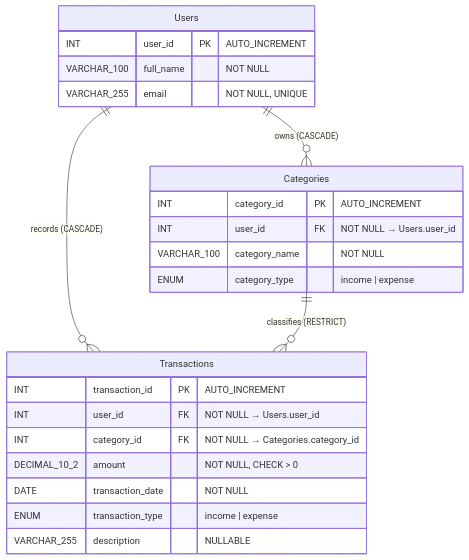
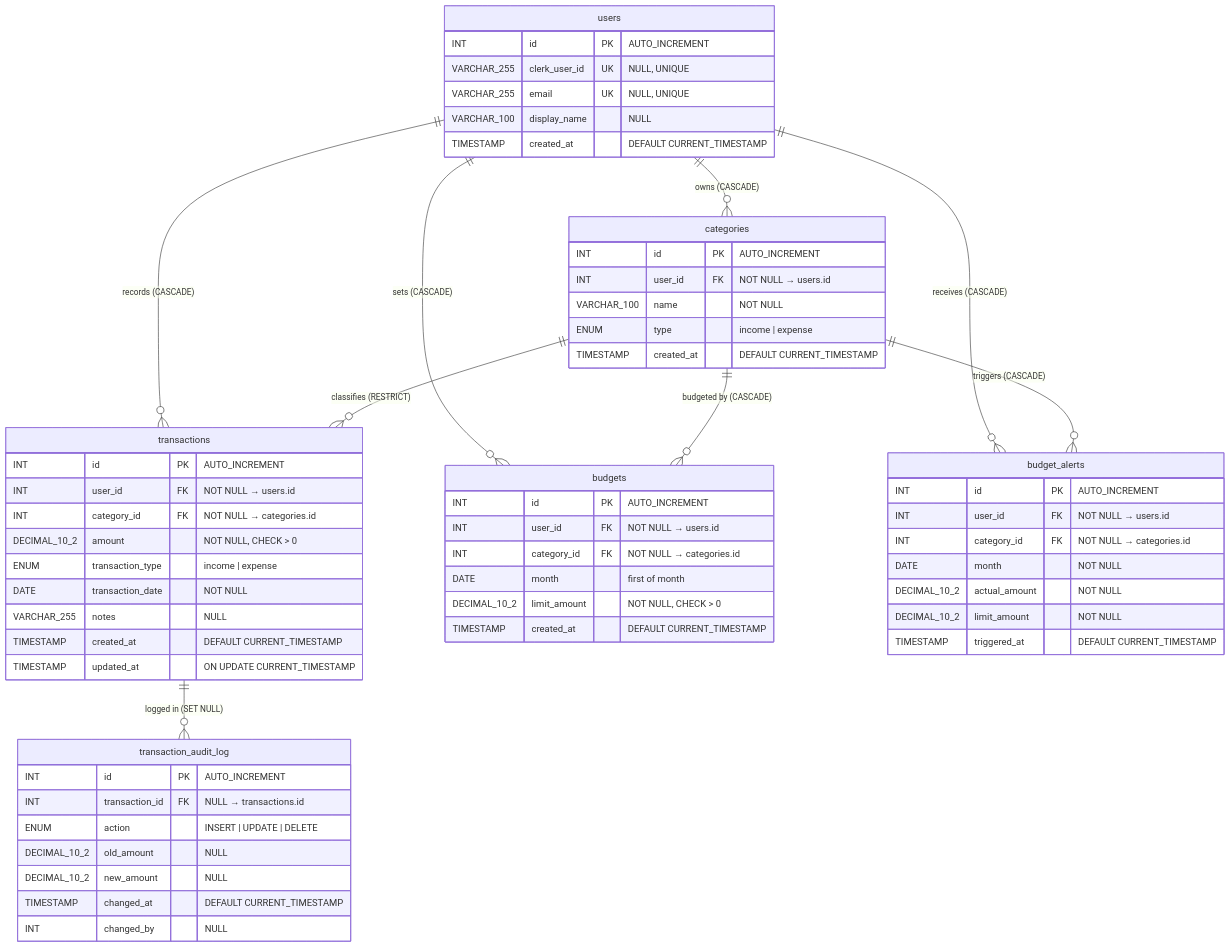
Before and after one commit to diaz3618/personal-finance-cs5356: the first of 3 diagrams in database/docs/diagrams/eer_diagram.md, drawn with Mermaid. The commit also changed other lines of this file and 1 other file, not shown here.

Commit message:
Update ER and EER diagrams to the final 6-table schema
Both diagrams previously showed only users, categories, transactions with
PascalCase column names from a discarded earlier schema.

ER diagram: rebuilt around the final 6 tables — users, categories,
transactions, budgets, budget_alerts, transaction_audit_log — with
snake_case columns matching database/init/01-schema.sql and 8 FK
relationships.

EER diagram: same 6 tables with full constraint annotations (CHECKs,
UNIQUE composite keys, ON DELETE behavior). Constraints Detail table
extended with budgets, budget_alerts, and transaction_audit_log rows.
Triggers section now lists the audit triggers
(trg_log_tx_changes_{insert,update,delete}) alongside the type-match
triggers. New Security-Definer Views section documents the four views
the application reads from and the @current_user_id row-level security
mechanism.

````diff
--- a/database/docs/diagrams/eer_diagram.md
+++ b/database/docs/diagrams/eer_diagram.md
@@ -6,30 +6,69 @@
 ```mermaid
 erDiagram
 
-    Users ||--o{ Categories : "owns (CASCADE)"
-    Users ||--o{ Transactions : "records (CASCADE)"
-    Categories ||--o{ Transactions : "classifies (RESTRICT)"
+    users ||--o{ categories : "owns (CASCADE)"
+    users ||--o{ transactions : "records (CASCADE)"
+    users ||--o{ budgets : "sets (CASCADE)"
+    users ||--o{ budget_alerts : "receives (CASCADE)"
+    categories ||--o{ transactions : "classifies (RESTRICT)"
+    categories ||--o{ budgets : "budgeted by (CASCADE)"
+    categories ||--o{ budget_alerts : "triggers (CASCADE)"
+    transactions ||--o{ transaction_audit_log : "logged in (SET NULL)"
 
-    Users {
-        INT user_id PK "AUTO_INCREMENT"
-        VARCHAR_100 full_name "NOT NULL"
-        VARCHAR_255 email "NOT NULL, UNIQUE"
+    users {
+        INT id PK "AUTO_INCREMENT"
+        VARCHAR_255 clerk_user_id UK "NULL, UNIQUE"
+        VARCHAR_255 email UK "NULL, UNIQUE"
+        VARCHAR_100 display_name "NULL"
+        TIMESTAMP created_at "DEFAULT CURRENT_TIMESTAMP"
     }
 
-    Categories {
-        INT category_id PK "AUTO_INCREMENT"
-        INT user_id FK "NOT NULL → Users.user_id"
-        VARCHAR_100 category_name "NOT NULL"
-        ENUM category_type "income | expense"
+    categories {
+        INT id PK "AUTO_INCREMENT"
+        INT user_id FK "NOT NULL → users.id"
+        VARCHAR_100 name "NOT NULL"
+        ENUM type "income | expense"
+        TIMESTAMP created_at "DEFAULT CURRENT_TIMESTAMP"
     }
 
-    Transactions {
-        INT transaction_id PK "AUTO_INCREMENT"
-        INT user_id FK "NOT NULL → Users.user_id"
-        INT category_id FK "NOT NULL → Categories.category_id"
+    transactions {
+        INT id PK "AUTO_INCREMENT"
+        INT user_id FK "NOT NULL → users.id"
+        INT category_id FK "NOT NULL → categories.id"
         DECIMAL_10_2 amount "NOT NULL, CHECK > 0"
+        ENUM transaction_type "income | expense"
         DATE transaction_date "NOT NULL"
-        ENUM transaction_type "income | expense"
-        VARCHAR_255 description "NULLABLE"
+        VARCHAR_255 notes "NULL"
+        TIMESTAMP created_at "DEFAULT CURRENT_TIMESTAMP"
+        TIMESTAMP updated_at "ON UPDATE CURRENT_TIMESTAMP"
+    }
+
+    budgets {
+        INT id PK "AUTO_INCREMENT"
+        INT user_id FK "NOT NULL → users.id"
+        INT category_id FK "NOT NULL → categories.id"
+        DATE month "first of month"
+        DECIMAL_10_2 limit_amount "NOT NULL, CHECK > 0"
+        TIMESTAMP created_at "DEFAULT CURRENT_TIMESTAMP"
+    }
+
+    budget_alerts {
+        INT id PK "AUTO_INCREMENT"
+        INT user_id FK "NOT NULL → users.id"
+        INT category_id FK "NOT NULL → categories.id"
+        DATE month "NOT NULL"
+        DECIMAL_10_2 actual_amount "NOT NULL"
+        DECIMAL_10_2 limit_amount "NOT NULL"
+        TIMESTAMP triggered_at "DEFAULT CURRENT_TIMESTAMP"
+    }
+
+    transaction_audit_log {
+        INT id PK "AUTO_INCREMENT"
+        INT transaction_id FK "NULL → transactions.id"
+        ENUM action "INSERT | UPDATE | DELETE"
+        DECIMAL_10_2 old_amount "NULL"
+        DECIMAL_10_2 new_amount "NULL"
+        TIMESTAMP changed_at "DEFAULT CURRENT_TIMESTAMP"
+        INT changed_by "NULL"
     }
 ```
````
